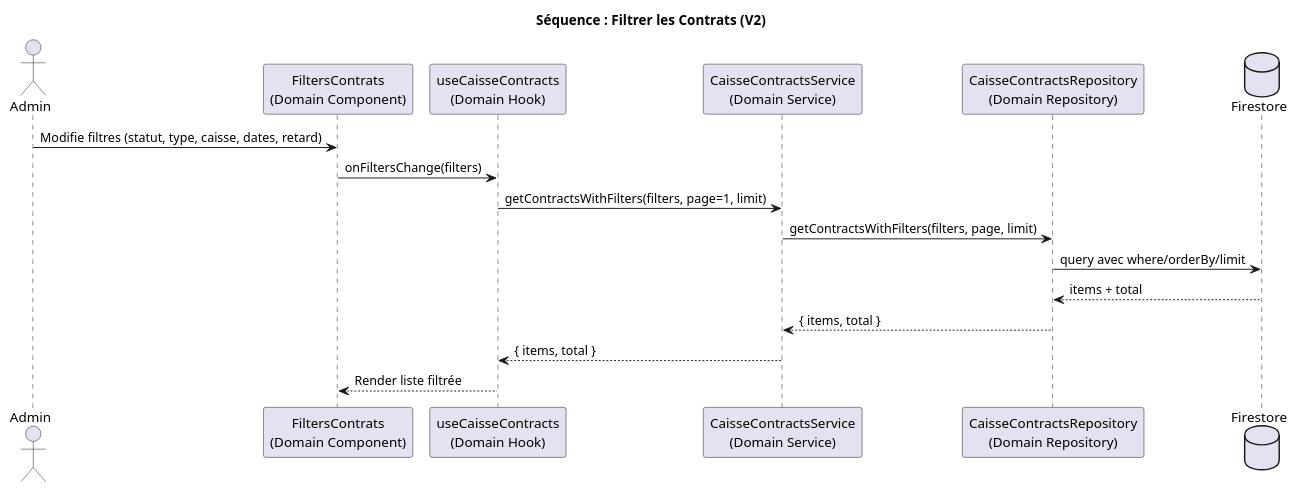
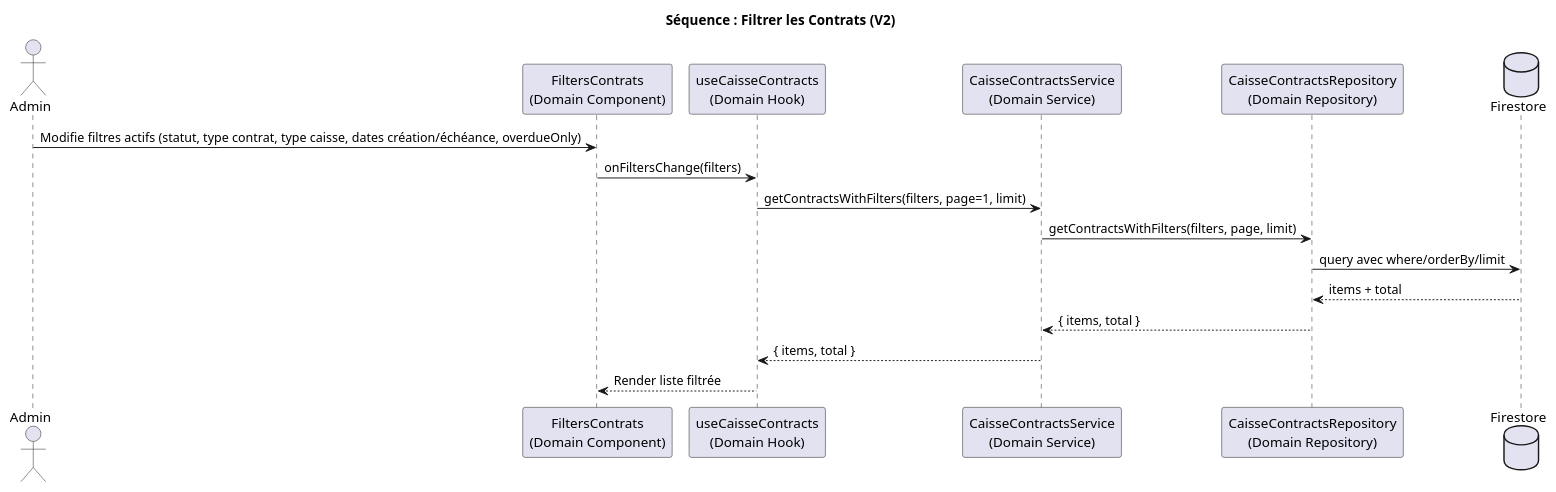
One commit to GlennEriss/kara-client-front changed the diagram in documentation/caisse-speciale/V2/contrats/sequence/SEQ_FiltrerContrats.puml. Above: the diagram before and after it, drawn with PlantUML. The commit also changed 17 other files, not shown here.

```diff
--- a/documentation/caisse-speciale/V2/contrats/sequence/SEQ_FiltrerContrats.puml
+++ b/documentation/caisse-speciale/V2/contrats/sequence/SEQ_FiltrerContrats.puml
@@ -1,21 +1,21 @@
 @startuml SEQ_FiltrerContrats
 title Séquence : Filtrer les Contrats (V2)
 ' Référence : FiltrerContrats.puml (activité)
 
 actor "Admin" as Admin
 participant "FiltersContrats\n(Domain Component)" as Filters
 participant "useCaisseContracts\n(Domain Hook)" as Hook
 participant "CaisseContractsService\n(Domain Service)" as Service
 participant "CaisseContractsRepository\n(Domain Repository)" as Repo
 database "Firestore" as Firestore
 
-Admin -> Filters: Modifie filtres (statut, type, caisse, dates, retard)
+Admin -> Filters: Modifie filtres actifs (statut, type contrat, type caisse, dates création/échéance, overdueOnly)
 Filters -> Hook: onFiltersChange(filters)
 Hook -> Service: getContractsWithFilters(filters, page=1, limit)
 Service -> Repo: getContractsWithFilters(filters, page, limit)
 Repo -> Firestore: query avec where/orderBy/limit
 Firestore --> Repo: items + total
 Repo --> Service: { items, total }
 Service --> Hook: { items, total }
 Hook --> Filters: Render liste filtrée
 @enduml
```
